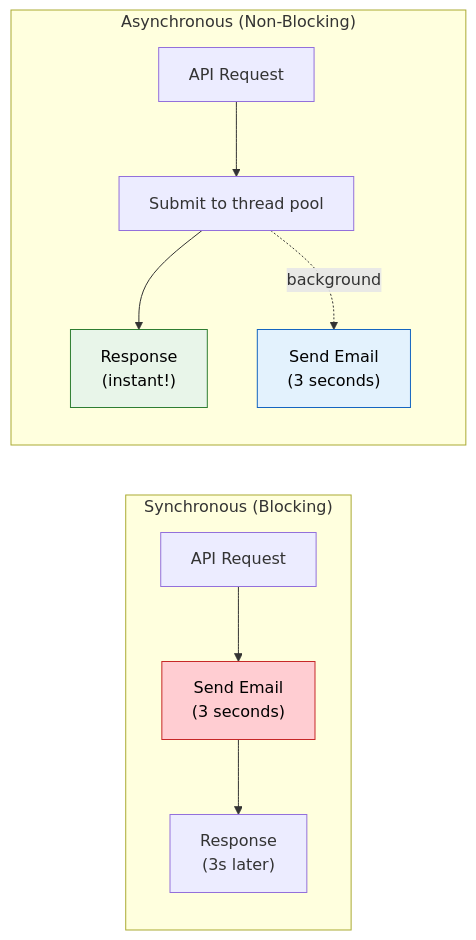
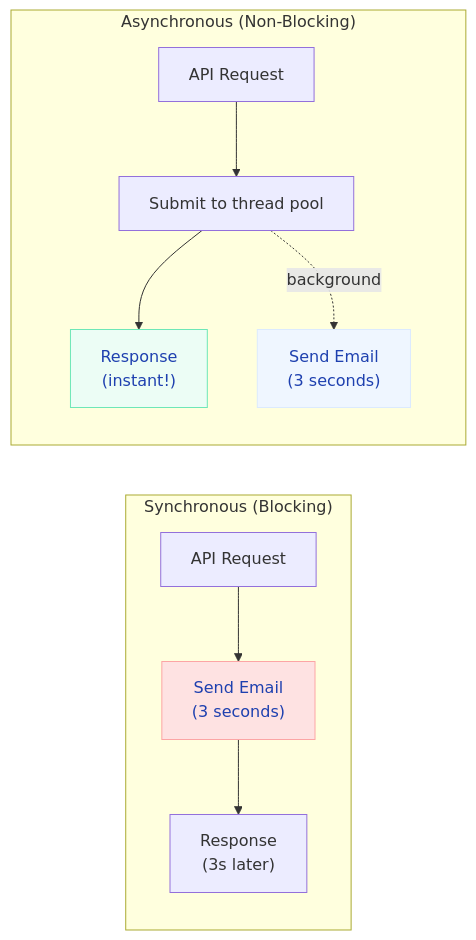
Before and after one commit to saivamsikaruturi/vamsilabs-dev-notes-main: the first of 2 diagrams in docs/springboot/async.md, drawn with Mermaid. The commit also changed 220 other files, not shown here.

First line of the commit message:
Add 50+ new Java/Spring Boot pages, rewrite CSS code blocks to Oracle style, fix all diagram colors

````diff
--- a/docs/springboot/async.md
+++ b/docs/springboot/async.md
@@ -10,16 +10,16 @@
 ```mermaid
 flowchart LR
     subgraph Sync["Synchronous (Blocking)"]
         S1["API Request"] --> S2["Send Email<br/>(3 seconds)"] --> S3["Response<br/>(3s later)"]
     end
     
     subgraph Async["Asynchronous (Non-Blocking)"]
         A1["API Request"] --> A2["Submit to thread pool"]
         A2 --> A3["Response<br/>(instant!)"]
         A2 -.->|background| A4["Send Email<br/>(3 seconds)"]
     end
 
-    style S2 fill:#FFCDD2,stroke:#C62828,color:#000
-    style A3 fill:#E8F5E9,stroke:#2E7D32,color:#000
-    style A4 fill:#E3F2FD,stroke:#1565C0,color:#000
+    style S2 fill:#FEE2E2,stroke:#FCA5A5,color:#1E40AF
+    style A3 fill:#ECFDF5,stroke:#6EE7B7,color:#1E40AF
+    style A4 fill:#EFF6FF,stroke:#DBEAFE,color:#1E40AF
 ```
````
